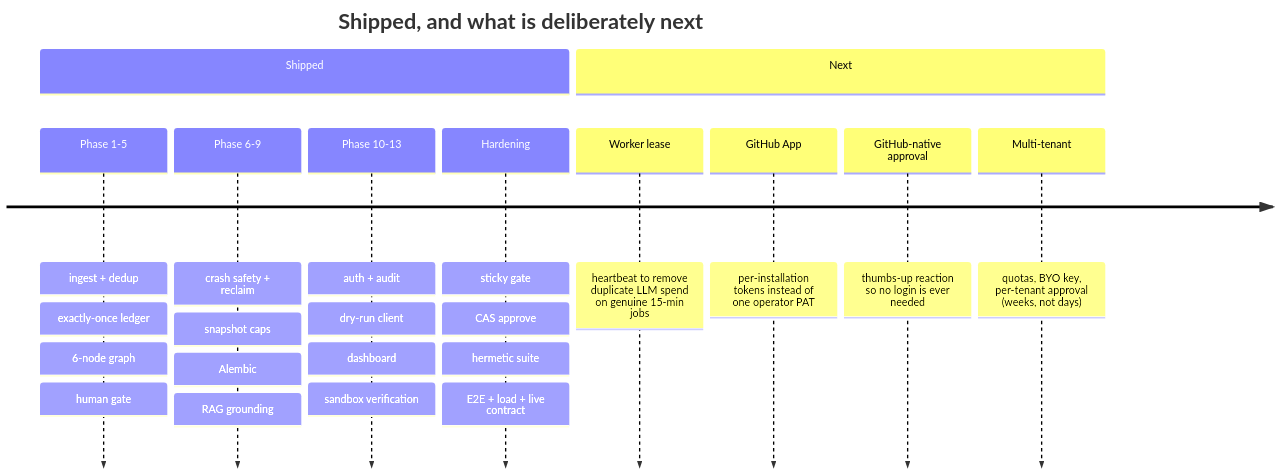
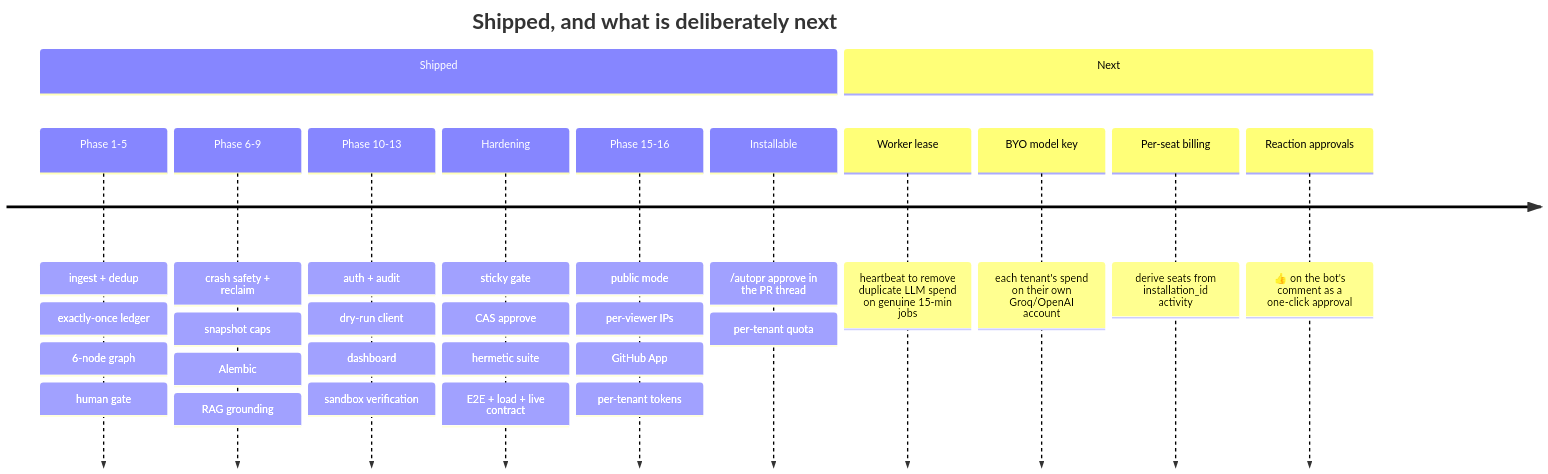
Before and after one commit to sheikhayaan/AUTOPR: the ninth of 9 diagrams in README.md, drawn with Mermaid. The commit also changed other lines of this file and 26 other files, not shown here.

First line of the commit message:
Phase 16: installable by strangers — GitHub App, per-tenant identity

````diff
--- a/README.md
+++ b/README.md
@@ -973,14 +1052,16 @@
 ```mermaid
 timeline
     title Shipped, and what is deliberately next
     section Shipped
       Phase 1-5 : ingest + dedup : exactly-once ledger : 6-node graph : human gate
       Phase 6-9 : crash safety + reclaim : snapshot caps : Alembic : RAG grounding
       Phase 10-13 : auth + audit : dry-run client : dashboard : sandbox verification
       Hardening : sticky gate : CAS approve : hermetic suite : E2E + load + live contract
+      Phase 15-16 : public mode : per-viewer IPs : GitHub App : per-tenant tokens
+      Installable : /autopr approve in the PR thread : per-tenant quota
     section Next
       Worker lease : heartbeat to remove duplicate LLM spend on genuine 15-min jobs
-      GitHub App : per-installation tokens instead of one operator PAT
-      GitHub-native approval : thumbs-up reaction so no login is ever needed
-      Multi-tenant : quotas, BYO key, per-tenant approval (weeks, not days)
+      BYO model key : each tenant's spend on their own Groq/OpenAI account
+      Per-seat billing : derive seats from installation_id activity
+      Reaction approvals : 👍 on the bot's comment as a one-click approval
 ```
````
